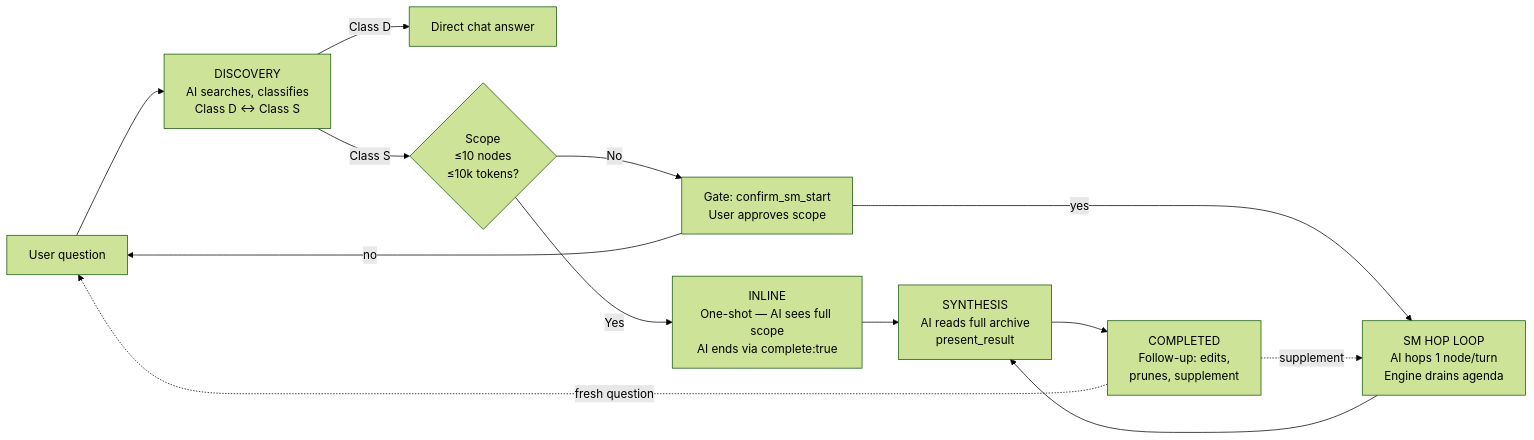
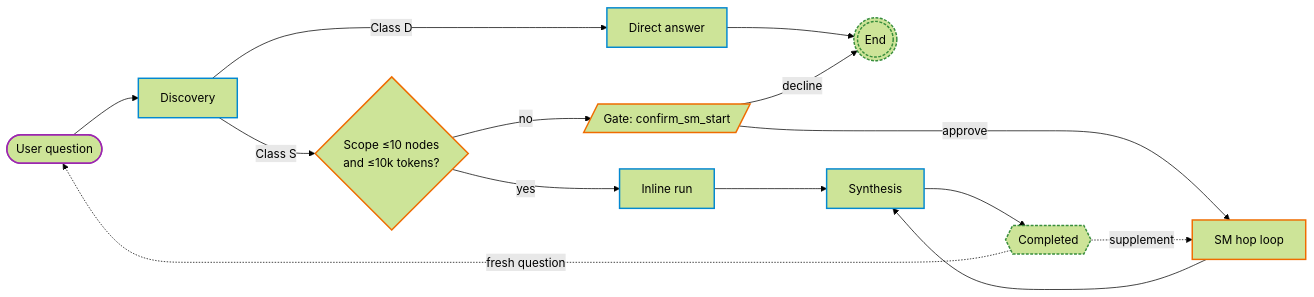
Before and after one commit to ChrisDevRepo/vscode_data_lineage: the first of 6 diagrams in docs/ARCHITECTURE.md, drawn with Mermaid (forest theme). The commit also changed other lines of this file and 9 other files, not shown here.

First line of the commit message:
docs+chore: update prompt-architecture references for sections schema

````diff
--- a/docs/ARCHITECTURE.md
+++ b/docs/ARCHITECTURE.md
@@ -9,15 +9,21 @@
 ```mermaid
 flowchart LR
-    U[User question] --> D[DISCOVERY<br/>AI searches, classifies<br/>Class D ↔ Class S]
-    D -->|Class D| R1[Direct chat answer]
-    D -->|Class S| M{Scope<br/>≤10 nodes<br/>≤10k tokens?}
-    M -->|Yes| IN[INLINE<br/>One-shot — AI sees full scope<br/>AI ends via complete:true]
-    M -->|No| GG[Gate: confirm_sm_start<br/>User approves scope]
-    GG -->|yes| SM[SM HOP LOOP<br/>AI hops 1 node/turn<br/>Engine drains agenda]
-    GG -->|no| U
-    IN --> SY[SYNTHESIS<br/>AI reads full archive<br/>present_result]
+    U([User question]):::user --> D[Discovery]:::ai
+    D -->|Class D| R1[Direct answer]:::ai
+    R1 --> EX(((End))):::done
+    D -->|Class S| M{Scope ≤10 nodes<br/>and ≤10k tokens?}:::engine
+    M -->|yes| IN[Inline run]:::ai
+    M -->|no| GG[/Gate: confirm_sm_start/]:::engine
+    GG -->|approve| SM[SM hop loop]:::engine
+    GG -->|decline| EX
+    IN --> SY[Synthesis]:::ai
     SM --> SY
-    SY --> C[COMPLETED<br/>Follow-up: edits,<br/>prunes, supplement]
+    SY --> C{{Completed}}:::done
     C -.->|fresh question| U
     C -.->|supplement| SM
+
+    classDef user stroke:#9c27b0,stroke-width:2px
+    classDef ai stroke:#0288d1,stroke-width:2px
+    classDef engine stroke:#ef6c00,stroke-width:2px
+    classDef done stroke:#388e3c,stroke-width:2px,stroke-dasharray:4 2
 ```
````
